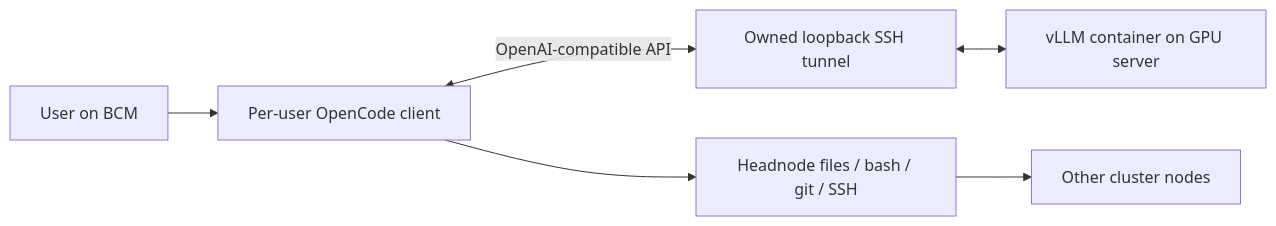
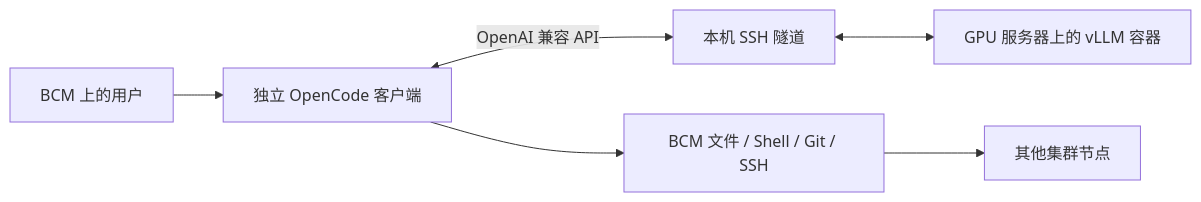
The diagram in README.md (junli-nv/local-ai), drawn with Mermaid before and after one commit. The commit also changed other lines of this file and 13 other files, not shown here.

````diff
--- a/README.md
+++ b/README.md
@@ -13,8 +11,8 @@
 ```mermaid
 flowchart LR
-    User[User on BCM] --> Client[Per-user OpenCode client]
-    Client <-->|OpenAI-compatible API| Tunnel[Owned loopback SSH tunnel]
-    Tunnel <--> GPU[vLLM container on GPU server]
-    Client --> Tools[Headnode files / bash / git / SSH]
-    Tools --> Nodes[Other cluster nodes]
+    User[BCM 上的用户] --> Client[独立 OpenCode 客户端]
+    Client <-->|OpenAI 兼容 API| Tunnel[本机 SSH 隧道]
+    Tunnel <--> GPU[GPU 服务器上的 vLLM 容器]
+    Client --> Tools[BCM 文件 / Shell / Git / SSH]
+    Tools --> Nodes[其他集群节点]
 ```
````
